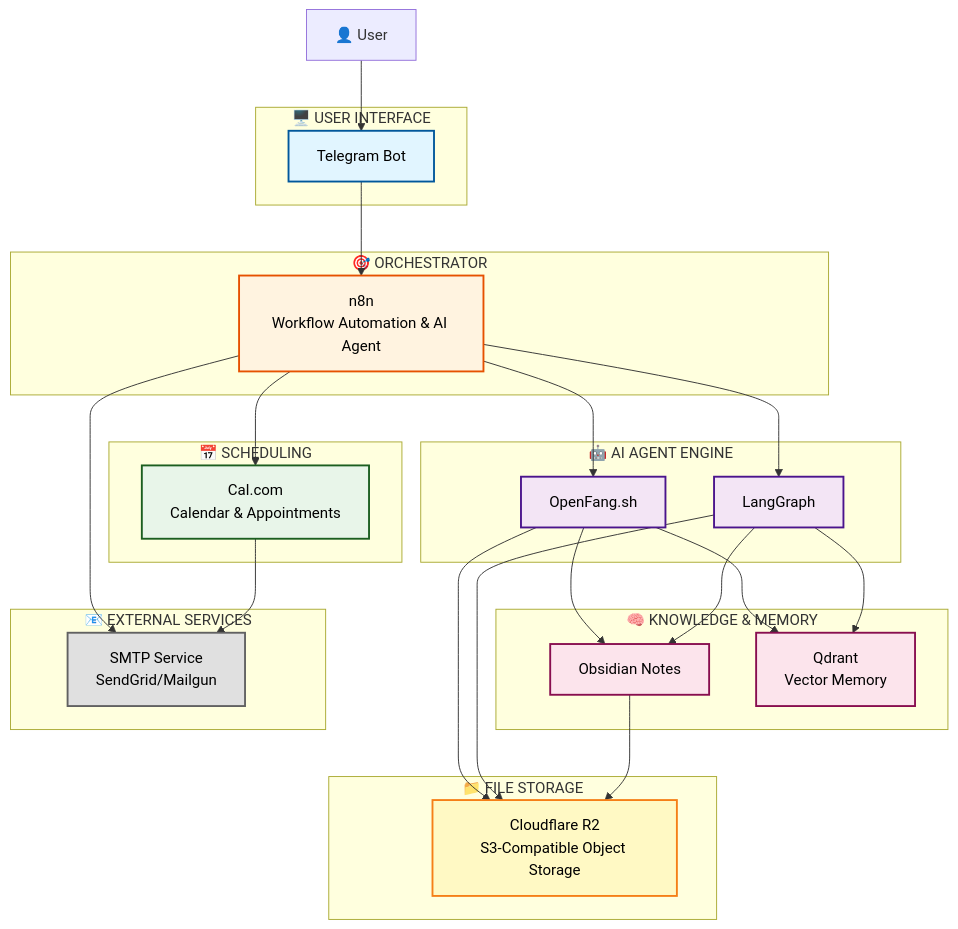
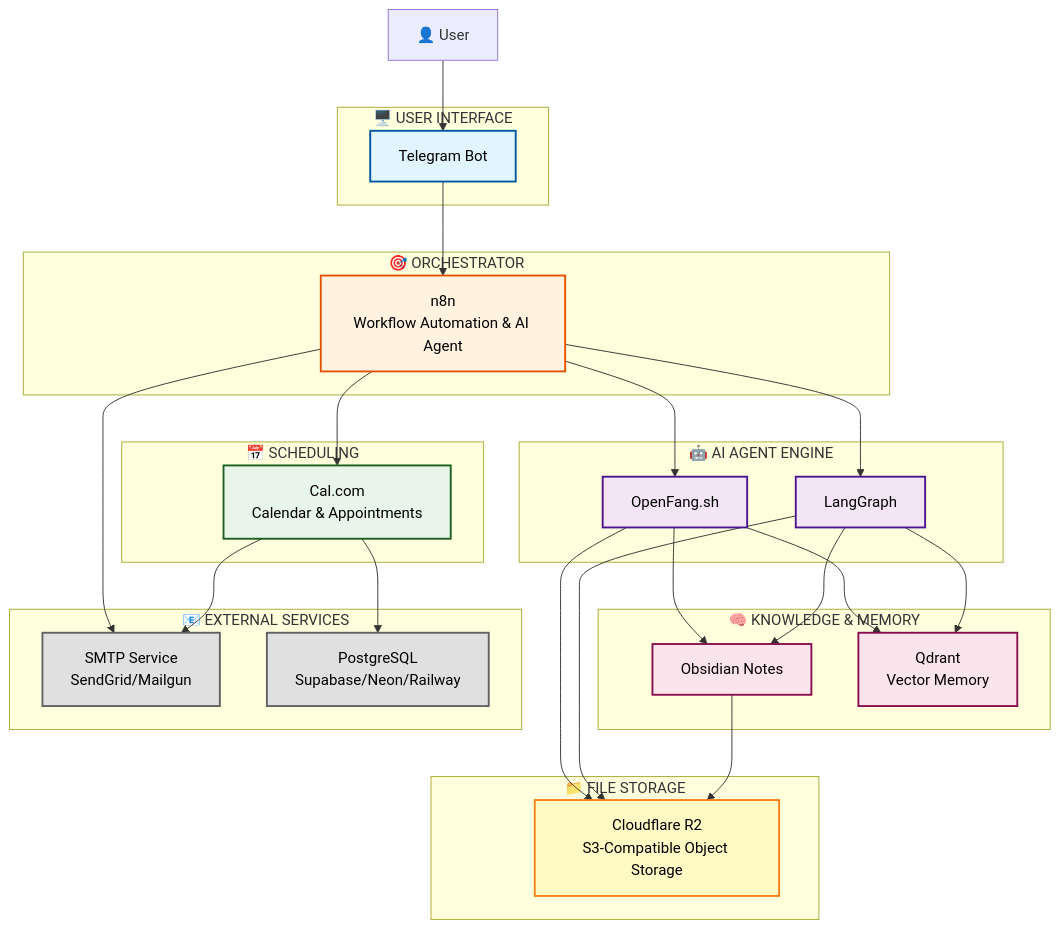
Before and after one commit to oppytut/pro-secretary: the diagram in README.md, drawn with Mermaid.

Commit message:
fix: add PostgreSQL to architecture diagram
Issue: PostgreSQL was missing from architecture diagram despite being used by Cal.com

Changes:
- Added PostgreSQL to External Services subgraph
- Added connection: CalCom → PostgreSQL
- Updated classDef to include PostgreSQL with externalStyle
- Reflects actual architecture (external PostgreSQL provider)

Impact:
- Diagram now accurately represents all system dependencies
- Users understand Cal.com requires PostgreSQL database
- Complete architecture visualization

````diff
--- a/README.md
+++ b/README.md
@@ -7,65 +7,67 @@
 ```mermaid
 graph TB
     User[👤 User]
     
     subgraph Interface["🖥️ USER INTERFACE"]
         TG[Telegram Bot]
     end
     
     subgraph Orchestrator["🎯 ORCHESTRATOR"]
         N8N[n8n<br/>Workflow Automation & AI Agent]
     end
     
     subgraph AIEngine["🤖 AI AGENT ENGINE"]
         OpenFang[OpenFang.sh]
         LangGraph[LangGraph]
     end
     
     subgraph Scheduling["📅 SCHEDULING"]
         CalCom[Cal.com<br/>Calendar & Appointments]
     end
     
     subgraph Knowledge["🧠 KNOWLEDGE & MEMORY"]
         Obsidian[Obsidian Notes]
         Qdrant[Qdrant<br/>Vector Memory]
     end
     
     subgraph Storage["📁 FILE STORAGE"]
         R2[Cloudflare R2<br/>S3-Compatible Object Storage]
     end
     
     subgraph External["📧 EXTERNAL SERVICES"]
         SMTP[SMTP Service<br/>SendGrid/Mailgun]
+        PostgreSQL[PostgreSQL<br/>Supabase/Neon/Railway]
     end
     
     User --> TG
     TG --> N8N
     N8N --> OpenFang
     N8N --> LangGraph
     N8N --> CalCom
     N8N --> SMTP
     OpenFang --> Obsidian
     OpenFang --> Qdrant
     OpenFang --> R2
     LangGraph --> Obsidian
     LangGraph --> Qdrant
     LangGraph --> R2
     Obsidian --> R2
     CalCom --> SMTP
+    CalCom --> PostgreSQL
     
     classDef interfaceStyle fill:#e1f5ff,stroke:#01579b,stroke-width:2px,color:#000
     classDef orchestratorStyle fill:#fff3e0,stroke:#e65100,stroke-width:2px,color:#000
     classDef aiStyle fill:#f3e5f5,stroke:#4a148c,stroke-width:2px,color:#000
     classDef scheduleStyle fill:#e8f5e9,stroke:#1b5e20,stroke-width:2px,color:#000
     classDef knowledgeStyle fill:#fce4ec,stroke:#880e4f,stroke-width:2px,color:#000
     classDef storageStyle fill:#fff9c4,stroke:#f57f17,stroke-width:2px,color:#000
     classDef externalStyle fill:#e0e0e0,stroke:#616161,stroke-width:2px,color:#000
     
     class TG interfaceStyle
     class N8N orchestratorStyle
     class OpenFang,LangGraph aiStyle
     class CalCom scheduleStyle
     class Obsidian,Qdrant knowledgeStyle
     class R2 storageStyle
-    class SMTP externalStyle
+    class SMTP,PostgreSQL externalStyle
 ```
````
